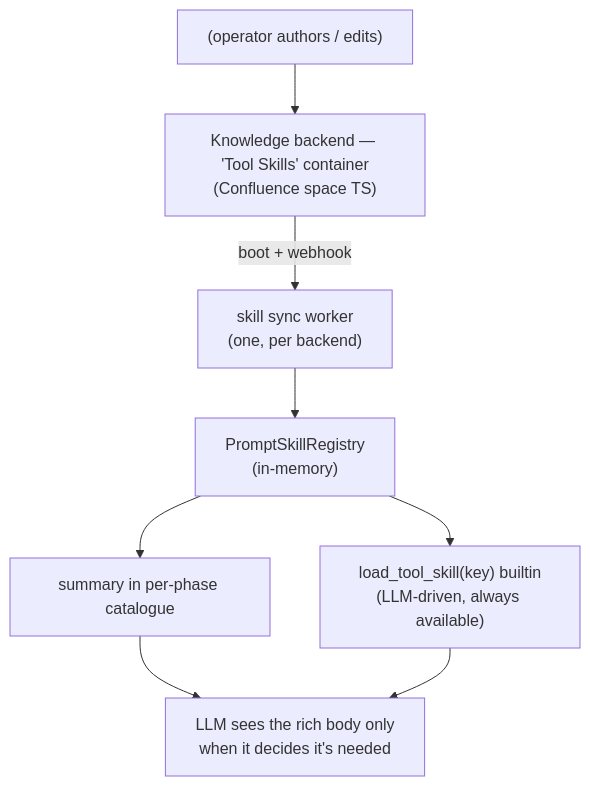
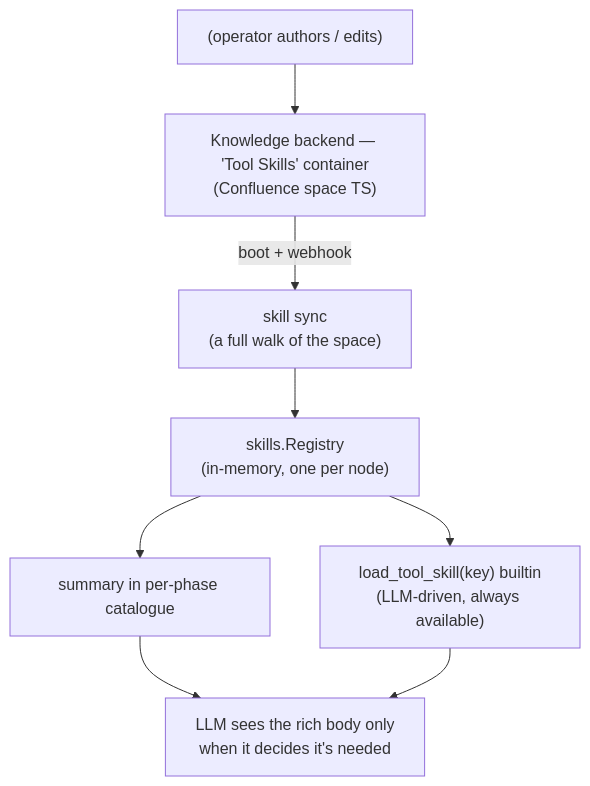
One commit to crewlet/crewlet changed the diagram in docs/concepts/tool-skills.md. Above: the diagram before and after it, drawn with Mermaid. The commit also changed other lines of this file, not shown here.

First line of the commit message:
docs(concepts): describe tool skills from the registry and the walk

````diff
--- a/docs/concepts/tool-skills.md
+++ b/docs/concepts/tool-skills.md
@@ -26,15 +26,15 @@
 ```mermaid
 flowchart TD
     OP["(operator authors / edits)"]
     KB["Knowledge backend — 'Tool Skills' container<br/>(Confluence space TS)"]
-    SYNC["skill sync worker<br/>(one, per backend)"]
-    REG["PromptSkillRegistry<br/>(in-memory)"]
+    SYNC["skill sync<br/>(a full walk of the space)"]
+    REG["skills.Registry<br/>(in-memory, one per node)"]
     CAT["summary in per-phase catalogue"]
     LOAD["load_tool_skill(key) builtin<br/>(LLM-driven, always available)"]
     BODY["LLM sees the rich body only<br/>when it decides it's needed"]
     OP --> KB
     KB -->|"boot + webhook"| SYNC
     SYNC --> REG
     REG --> CAT --> BODY
     REG --> LOAD --> BODY
 ```
````
